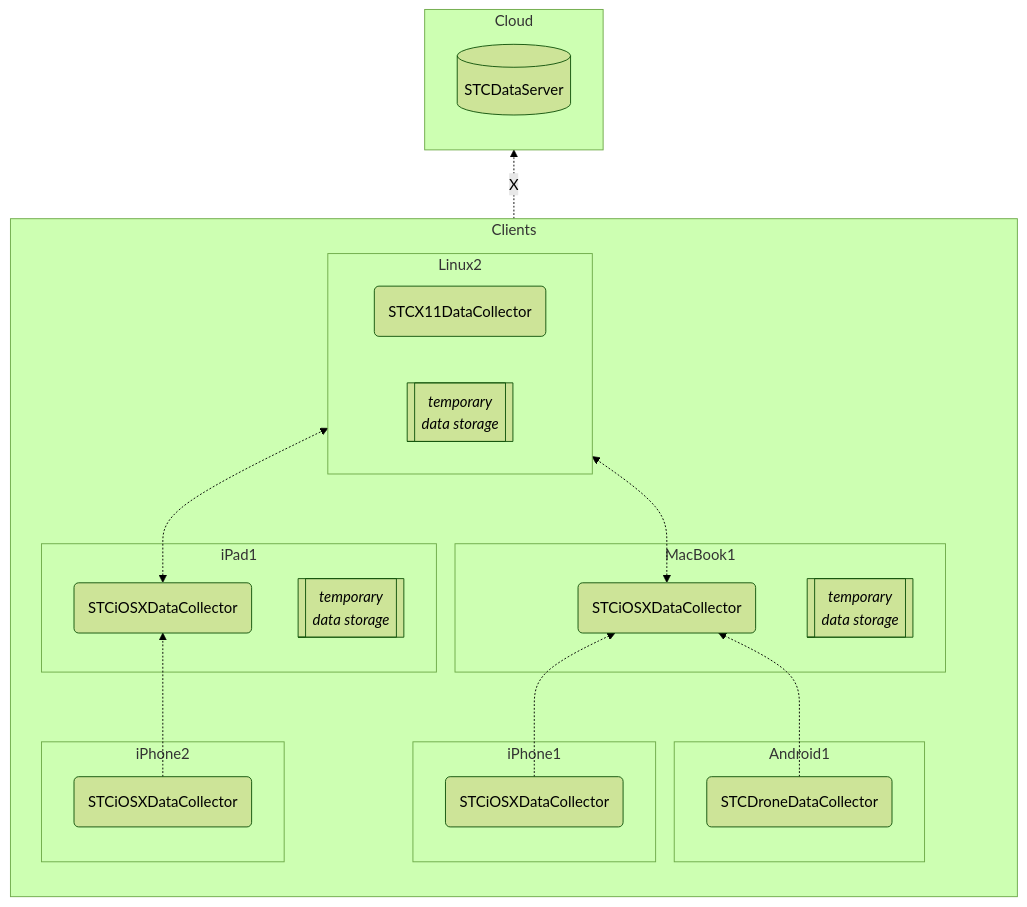
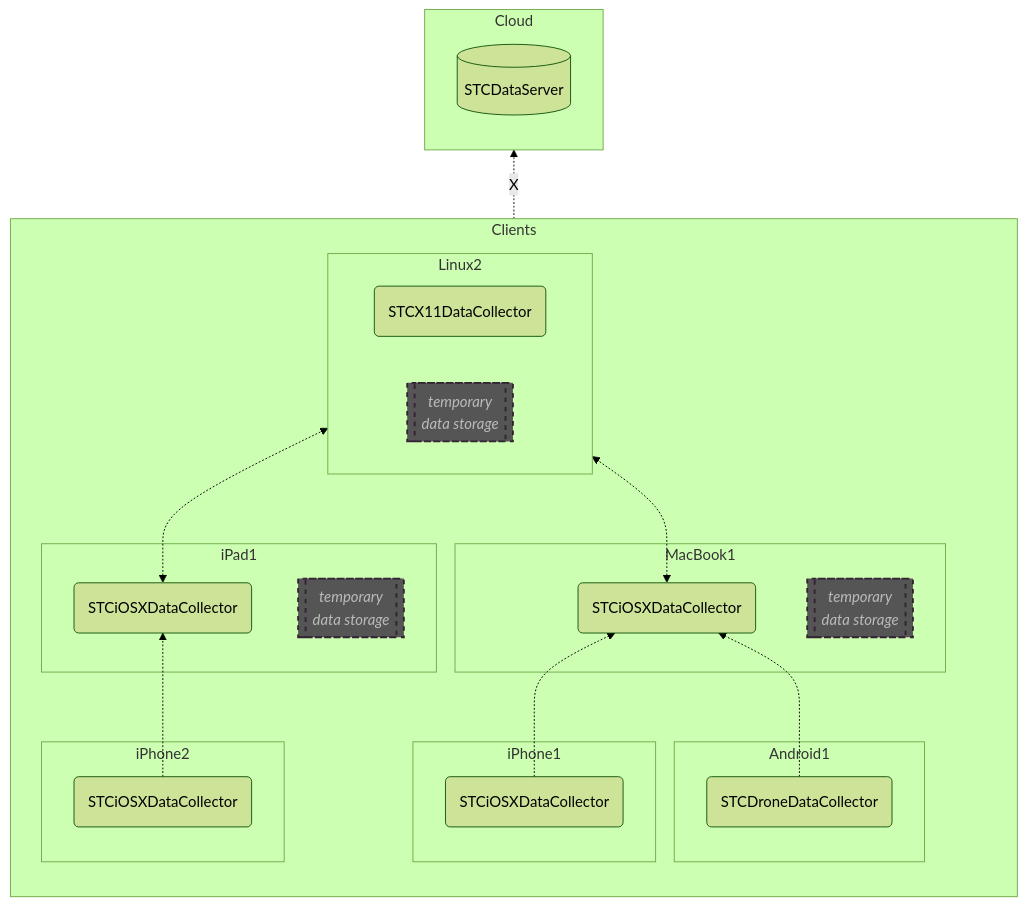
One commit to STCData/STCData changed the diagram in docs/EventualAvailability.md. Above: the diagram before and after it, drawn with Mermaid (forest theme).

````diff
--- a/docs/EventualAvailability.md
+++ b/docs/EventualAvailability.md
@@ -1,44 +1,53 @@
 ```mermaid
+
+
 flowchart BT
  subgraph Clients
   direction BT
   subgraph iPhone1
     c1(STCiOSXDataCollector)
   end
   
   subgraph iPhone2
     c4(STCiOSXDataCollector)
   end
   
   subgraph iPad1
     c5(STCiOSXDataCollector)
     db5[[<i>temporary\ndata storage</i>]]
   end
   
   subgraph MacBook1
     c2(STCiOSXDataCollector)
     db2[[<i>temporary\ndata storage</i>]]
   end
   
   subgraph Linux2
     direction LR
     c6(STCX11DataCollector)
     db6[[<i>temporary\ndata storage</i>]]
   end
   
   subgraph Android1
     c3(STCDroneDataCollector)
   end
   
+  classDef db fill:#555,stroke:#323,stroke-width:2px,color:#bbb,stroke-dasharray: 5 5
+  class db5,db2,db6 db
+
  end
-  subgraph Cloud
-    sData[(STCDataServer)]
-  end
+ subgraph Cloud
+   sData[(STCDataServer)]
+ end
+ 
+ classDef realm fill:#333,stroke:#323,stroke-width:1px,color:#1ff,stroke-dasharray: 5 5
+
+ class Cloud,Clients realm
 
     Clients -.->|X| Cloud
     c5 <-.-> c6
     c2 <-.-> c6
     c4 -.-> c5
     c1 -.-> c2
     c3 -.-> c2
 ```
````
